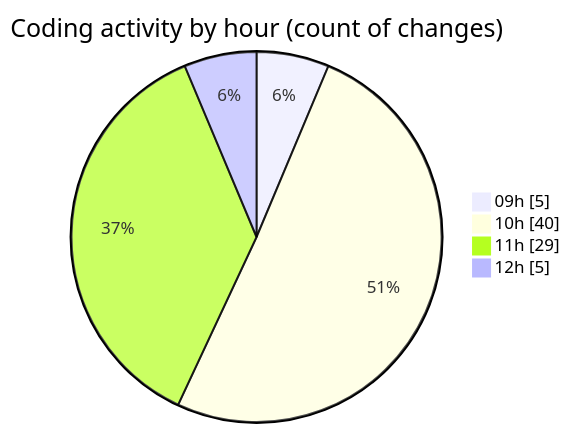
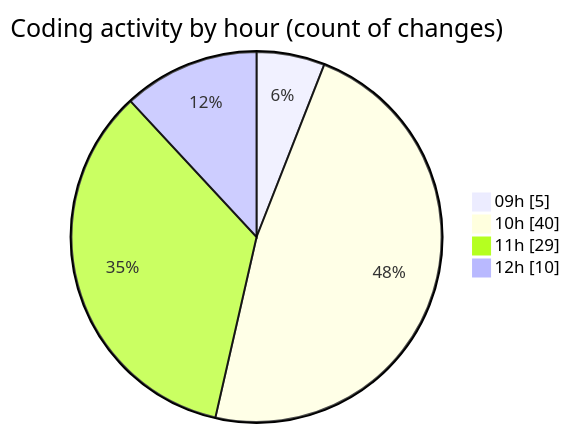
One commit to CELIANVF/code-tracking changed the second of 2 diagrams in 2025-06-02/ecodeli-1/README.md. Above: the diagram before and after it, drawn with Mermaid. The commit also changed other lines of this file and 1 other file, not shown here.

````diff
--- a/2025-06-02/ecodeli-1/README.md
+++ b/2025-06-02/ecodeli-1/README.md
@@ -74,8 +78,8 @@
 ```mermaid
 pie showData
 title Coding activity by hour (count of changes)
 "09h" : 5
 "10h" : 40
 "11h" : 29
-"12h" : 5
+"12h" : 10
 ```
````
